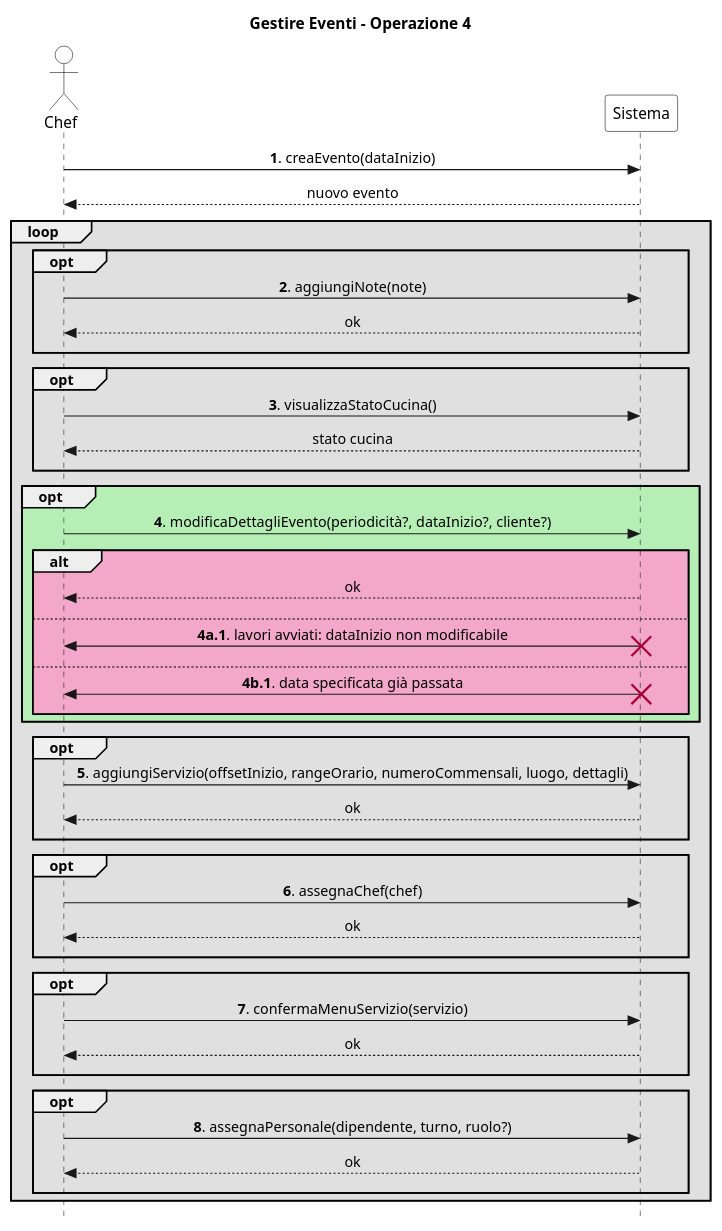
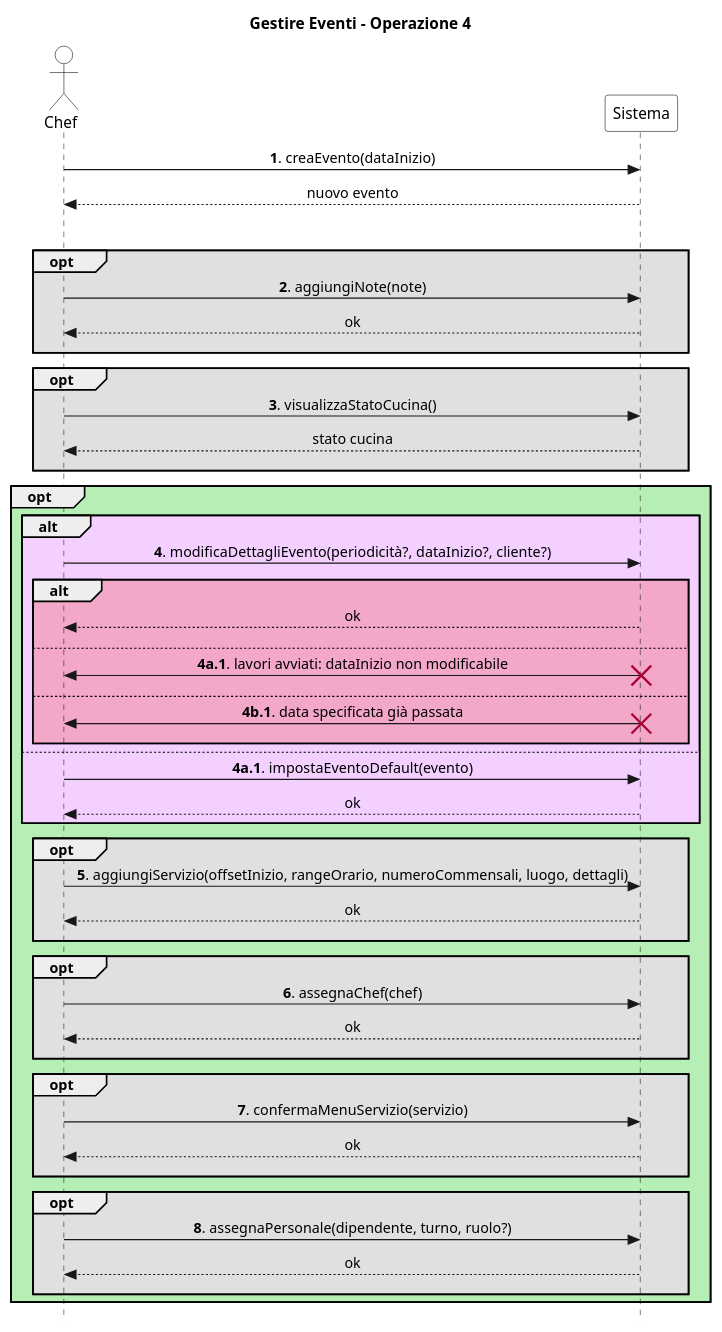
One commit to stefa168/sas-project changed the diagram in UP/Requisiti/UC Gestire Eventi/SSD/Estensioni-Eccezioni Op4.puml. Above: the diagram before and after it, drawn with PlantUML. The commit also changed 3 other files, not shown here.

```diff
--- a/UP/Requisiti/UC Gestire Eventi/SSD/Estensioni-Eccezioni Op4.puml
+++ b/UP/Requisiti/UC Gestire Eventi/SSD/Estensioni-Eccezioni Op4.puml
@@ -1,73 +1,77 @@
 @startuml
 skinparam Style strictuml
 skinparam SequenceMessageAlign center
 
 skinparam sequence {
     ActorBorderColor Black
     ActorBackgroundColor White
     ParticipantBorderColor Black
     ParticipantBackgroundColor White
 }
 
 actor Chef
 participant Sistema
 
 title Gestire Eventi - Operazione 4
 
 Chef -> Sistema: **1**. creaEvento(dataInizio)
 return nuovo evento
 
 loop #e0e0e0
     opt #e0e0e0
         Chef -> Sistema: **2**. aggiungiNote(note)
         return ok
         ||10||
     end
 
     opt #e0e0e0
         Chef -> Sistema: **3**. visualizzaStatoCucina()
         return stato cucina
         ||10||
     end
 
     opt #b6efb6
+        alt #f3d0ff
             Chef -> Sistema: **4**. modificaDettagliEvento(periodicità?, dataInizio?, cliente?)
-        alt #f3a7c9
+            alt #f3a7c9
+                return ok
+                ||10||
+            else
+                Chef <- Sistema: **4a.1**. lavori avviati: dataInizio non modificabile
+                destroy Sistema
+                ||10||
+             else
+                Chef <- Sistema: **4b.1**. data specificata già passata
+                destroy Sistema
+                ||10||
+            end
+        else
+            Chef -> Sistema: **4a.1**. impostaEventoDefault(evento)
             return ok
-            ||10||
-        else
-            Chef <- Sistema: **4a.1**. lavori avviati: dataInizio non modificabile
-            destroy Sistema
-            ||10||
-        else
-            Chef <- Sistema: **4b.1**. data specificata già passata
-            destroy Sistema
-            ||10||
-        end
     end
 
     opt #e0e0e0
         Chef -> Sistema: **5**. aggiungiServizio(offsetInizio, rangeOrario, numeroCommensali, luogo, dettagli)
         return ok
         ||10||
     end
 
     opt #e0e0e0
         Chef -> Sistema: **6**. assegnaChef(chef)
         return ok
         ||10||
     end
 
     opt #e0e0e0
         Chef -> Sistema: **7**. confermaMenuServizio(servizio)
         return ok
         ||10||
     end
 
     opt #e0e0e0
         Chef -> Sistema: **8**. assegnaPersonale(dipendente, turno, ruolo?)
         return ok
         ||10||
     end
 end
 @enduml
```
